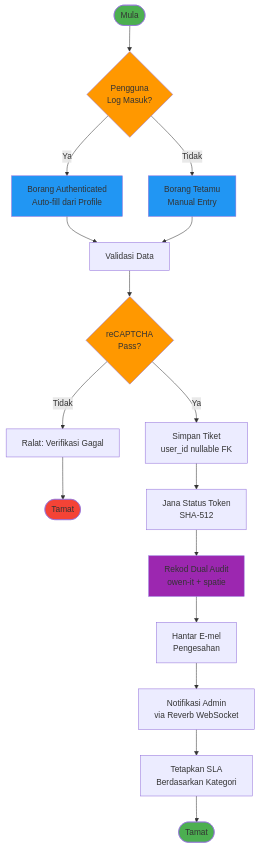
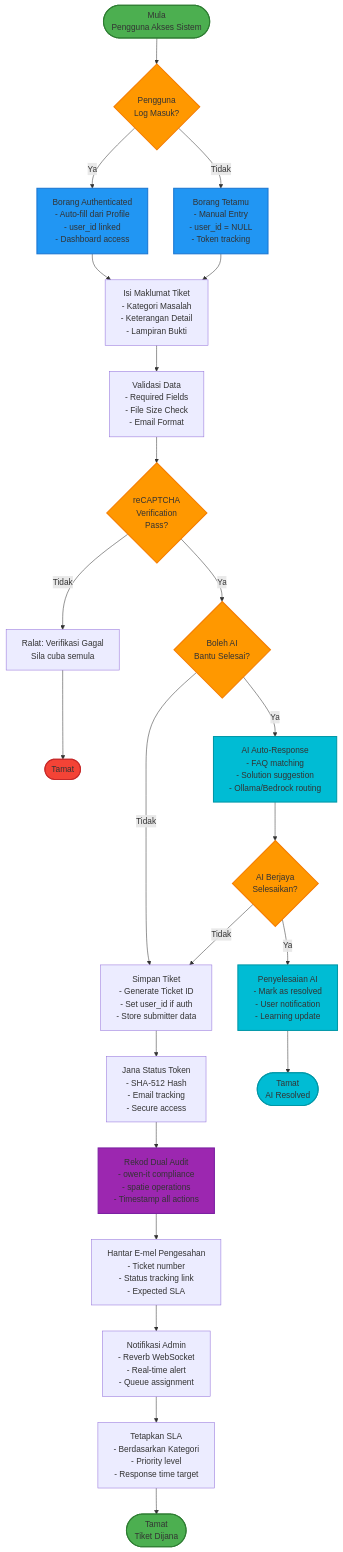
The fifth of 7 diagrams in docs/KRISA/D02_KRISA_ICTSERVE_SPESIFIKASI_KEPERLUAN_BISNES.md (IzzatFirdaus/ictserve-031125), drawn with Mermaid before and after one commit. The commit also changed other lines of this file and 2 other files, not shown here.

````diff
--- a/docs/KRISA/D02_KRISA_ICTSERVE_SPESIFIKASI_KEPERLUAN_BISNES.md
+++ b/docs/KRISA/D02_KRISA_ICTSERVE_SPESIFIKASI_KEPERLUAN_BISNES.md
@@ -485,32 +559,56 @@
 ```mermaid
 flowchart TD
-    Start([Mula]) --> Check{Pengguna<br/>Log Masuk?}
-    Check -->|Ya| AuthForm[Borang Authenticated<br/>Auto-fill dari Profile]
-    Check -->|Tidak| GuestForm[Borang Tetamu<br/>Manual Entry]
+    Start([Mula<br/>Pengguna Akses Sistem]) 
     
-    AuthForm --> Validate[Validasi Data]
-    GuestForm --> Validate
+    Start --> Check{Pengguna<br/>Log Masuk?}
     
-    Validate --> reCAPTCHA{reCAPTCHA<br/>Pass?}
-    reCAPTCHA -->|Tidak| Error1[Ralat: Verifikasi Gagal]
+    Check -->|Ya| AuthForm[Borang Authenticated<br/>- Auto-fill dari Profile<br/>- user_id linked<br/>- Dashboard access]
+    Check -->|Tidak| GuestForm[Borang Tetamu<br/>- Manual Entry<br/>- user_id = NULL<br/>- Token tracking]
+    
+    AuthForm --> FillForm[Isi Maklumat Tiket<br/>- Kategori Masalah<br/>- Keterangan Detail<br/>- Lampiran Bukti]
+    GuestForm --> FillForm
+    
+    FillForm --> Validate[Validasi Data<br/>- Required Fields<br/>- File Size Check<br/>- Email Format]
+    
+    Validate --> reCAPTCHA{reCAPTCHA<br/>Verification<br/>Pass?}
+    
+    reCAPTCHA -->|Tidak| Error1[Ralat: Verifikasi Gagal<br/>Sila cuba semula]
     Error1 --> End1([Tamat])
     
-    reCAPTCHA -->|Ya| SaveTicket[Simpan Tiket<br/>user_id nullable FK]
-    SaveTicket --> GenToken[Jana Status Token<br/>SHA-512]
-    GenToken --> DualAudit[Rekod Dual Audit<br/>owen-it + spatie]
+    reCAPTCHA -->|Ya| AICheck{Boleh AI<br/>Bantu Selesai?}
     
-    DualAudit --> SendEmail[Hantar E-mel<br/>Pengesahan]
-    SendEmail --> NotifyAdmin[Notifikasi Admin<br/>via Reverb WebSocket]
-    NotifyAdmin --> SLACheck[Tetapkan SLA<br/>Berdasarkan Kategori]
+    AICheck -->|Ya| AIProcess[AI Auto-Response<br/>- FAQ matching<br/>- Solution suggestion<br/>- Ollama/Bedrock routing]
+    AICheck -->|Tidak| SaveTicket[Simpan Tiket<br/>- Generate Ticket ID<br/>- Set user_id if auth<br/>- Store submitter data]
     
-    SLACheck --> End2([Tamat])
+    AIProcess --> AISolved{AI Berjaya<br/>Selesaikan?}
     
-    style Start fill:#4caf50
-    style End1 fill:#f44336
-    style End2 fill:#4caf50
-    style Check fill:#ff9800
-    style reCAPTCHA fill:#ff9800
-    style AuthForm fill:#2196f3
-    style GuestForm fill:#2196f3
-    style DualAudit fill:#9c27b0
+    AISolved -->|Ya| AISuccess[Penyelesaian AI<br/>- Mark as resolved<br/>- User notification<br/>- Learning update]
+    AISolved -->|Tidak| SaveTicket
+    
+    SaveTicket --> GenToken[Jana Status Token<br/>- SHA-512 Hash<br/>- Email tracking<br/>- Secure access]
+    
+    GenToken --> DualAudit[Rekod Dual Audit<br/>- owen-it compliance<br/>- spatie operations<br/>- Timestamp all actions]
+    
+    DualAudit --> SendEmail[Hantar E-mel Pengesahan<br/>- Ticket number<br/>- Status tracking link<br/>- Expected SLA]
+    
+    SendEmail --> NotifyAdmin[Notifikasi Admin<br/>- Reverb WebSocket<br/>- Real-time alert<br/>- Queue assignment]
+    
+    NotifyAdmin --> SLACheck[Tetapkan SLA<br/>- Berdasarkan Kategori<br/>- Priority level<br/>- Response time target]
+    
+    SLACheck --> End2([Tamat<br/>Tiket Dijana])
+    AISuccess --> End3([Tamat<br/>AI Resolved])
+    
+    style Start fill:#4caf50,stroke:#2e7d32,stroke-width:2px
+    style End1 fill:#f44336,stroke:#c62828,stroke-width:2px
+    style End2 fill:#4caf50,stroke:#2e7d32,stroke-width:2px
+    style End3 fill:#00bcd4,stroke:#0097a7,stroke-width:2px
+    style Check fill:#ff9800,stroke:#f57c00,stroke-width:2px
+    style reCAPTCHA fill:#ff9800,stroke:#f57c00,stroke-width:2px
+    style AICheck fill:#ff9800,stroke:#f57c00,stroke-width:2px
+    style AISolved fill:#ff9800,stroke:#f57c00,stroke-width:2px
+    style AuthForm fill:#2196f3,stroke:#1976d2,stroke-width:2px
+    style GuestForm fill:#2196f3,stroke:#1976d2,stroke-width:2px
+    style DualAudit fill:#9c27b0,stroke:#7b1fa2,stroke-width:2px
+    style AIProcess fill:#00bcd4,stroke:#0097a7,stroke-width:2px
+    style AISuccess fill:#00bcd4,stroke:#0097a7,stroke-width:2px
 ```
````
